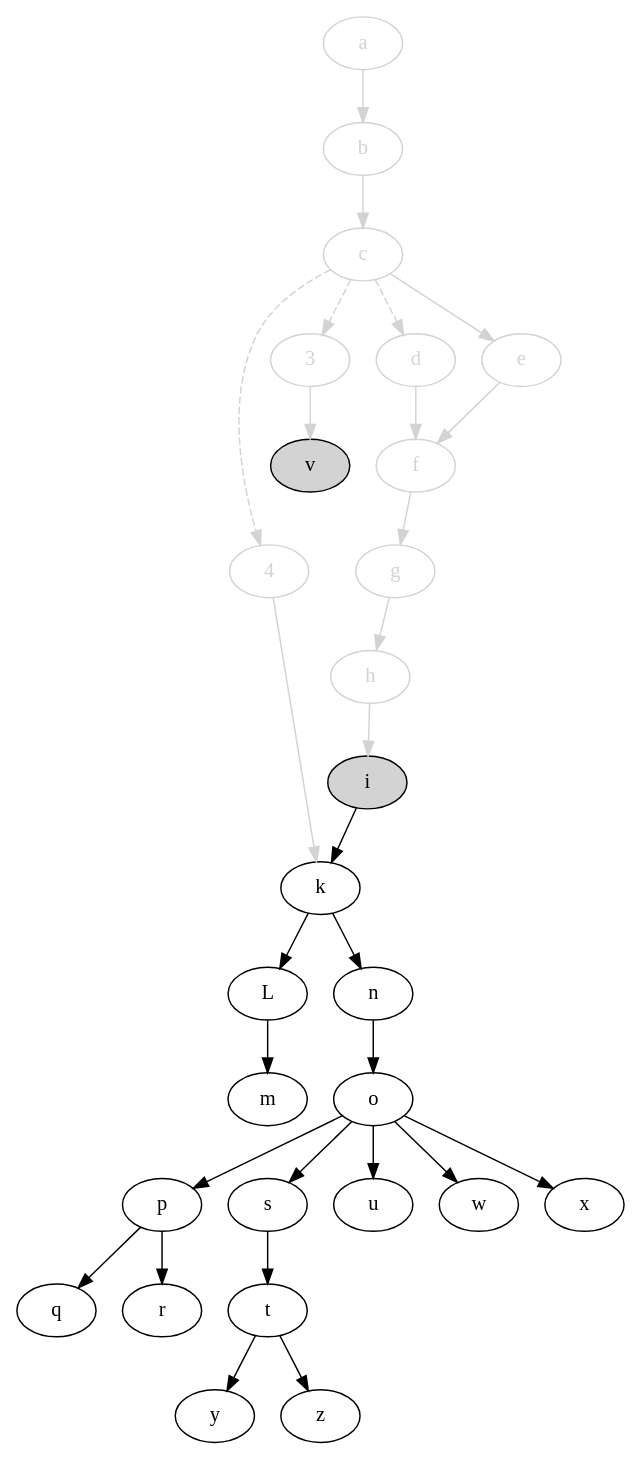
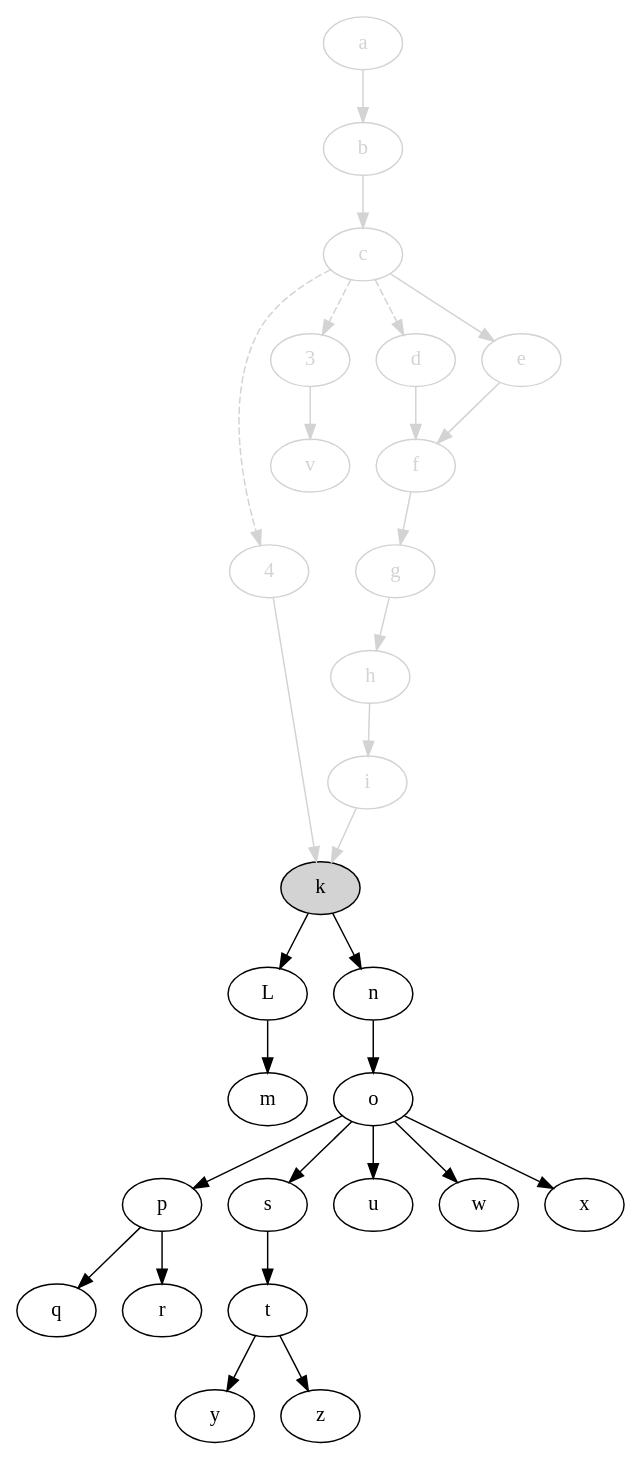
Before and after one commit to jdmpapin/svm-startup-deps: the diagram in svm-startup-deps.dot, drawn with Graphviz. The commit also changed 1 other file, not shown here.

```diff
--- a/svm-startup-deps.dot
+++ b/svm-startup-deps.dot
@@ -1,58 +1,58 @@
 digraph {
     4 [color=lightgrey,fontcolor=lightgrey];
     3 [color=lightgrey,fontcolor=lightgrey];
     a [color=lightgrey,fontcolor=lightgrey];
     b [color=lightgrey,fontcolor=lightgrey];
     c [color=lightgrey,fontcolor=lightgrey];
     d [color=lightgrey,fontcolor=lightgrey];
     e [color=lightgrey,fontcolor=lightgrey];
     f [color=lightgrey,fontcolor=lightgrey];
     g [color=lightgrey,fontcolor=lightgrey];
     h [color=lightgrey,fontcolor=lightgrey];
-    i [style=filled,fillcolor=lightgrey];
-    k;
+    i [color=lightgrey,fontcolor=lightgrey];
+    k [style=filled,fillcolor=lightgrey];
     L;
     m;
     n;
     o;
     p;
     q;
     r;
     s;
     t;
     u;
-    v [style=filled,fillcolor=lightgrey];
+    v [color=lightgrey,fontcolor=lightgrey];
     w;
     x;
     y;
     z;
 
     4 -> k [color=lightgrey];
     c -> 4 [style=dashed,color=lightgrey];
     c -> 3 [style=dashed,color=lightgrey];
     c -> d [style=dashed,color=lightgrey];
     3 -> v [color=lightgrey];
     a -> b [color=lightgrey];
     b -> c [color=lightgrey];
     c -> e [color=lightgrey];
     d -> f [color=lightgrey];
     e -> f [color=lightgrey];
     f -> g [color=lightgrey];
     g -> h [color=lightgrey];
     h -> i [color=lightgrey];
-    i -> k;
+    i -> k [color=lightgrey];
     k -> L;
     L -> m;
     k -> n;
     n -> o;
     o -> p;
     p -> q;
     p -> r;
     o -> s;
     s -> t;
     o -> u;
     o -> w;
     o -> x;
     t -> y;
     t -> z;
 }
```
